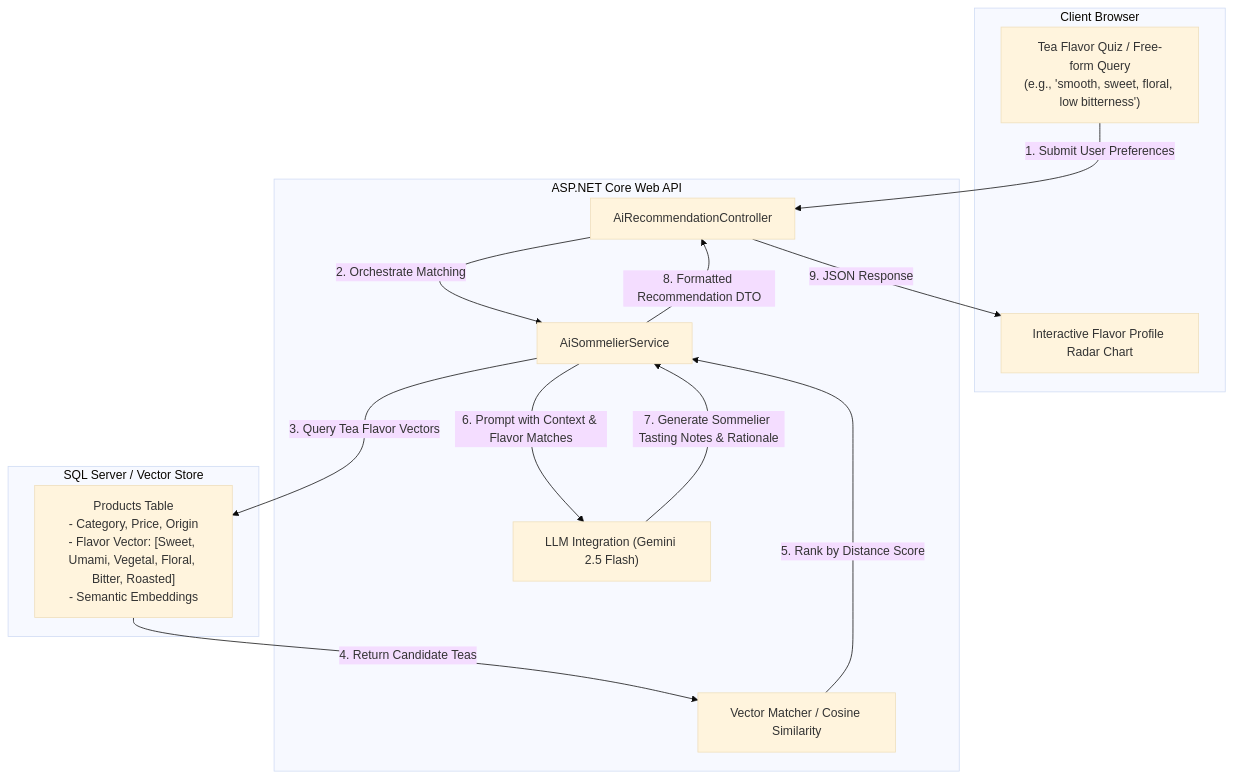
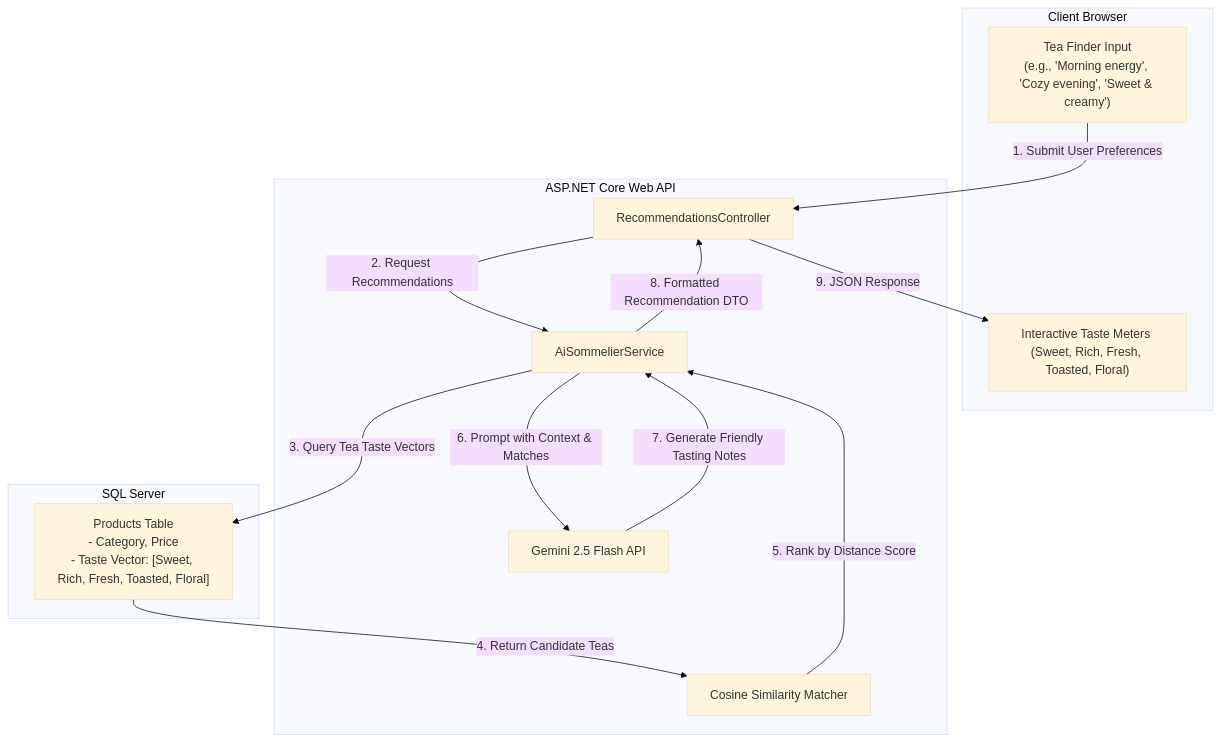
One commit to Alicia-Kate-Bactasa/Lumen changed the second of 3 diagrams in ProjectPlan.md. Above: the diagram before and after it, drawn with Mermaid (base theme). The commit also changed other lines of this file, not shown here.

````diff
--- a/ProjectPlan.md
+++ b/ProjectPlan.md
@@ -206,28 +199,28 @@
 ```mermaid
 flowchart TD
     subgraph Client ["Client Browser"]
-        Quiz["Tea Flavor Quiz / Free-form Query\n(e.g., 'smooth, sweet, floral, low bitterness')"]
-        RadarUI["Interactive Flavor Profile Radar Chart"]
+        Quiz["Tea Finder Input\n(e.g., 'Morning energy', 'Cozy evening', 'Sweet & creamy')"]
+        TasteMeters["Interactive Taste Meters (Sweet, Rich, Fresh, Toasted, Floral)"]
     end
 
     subgraph Backend ["ASP.NET Core Web API"]
-        Controller["AiRecommendationController"]
+        Controller["RecommendationsController"]
         AIService["AiSommelierService"]
-        VectorEngine["Vector Matcher / Cosine Similarity"]
-        LLM["LLM Integration (Gemini 2.5 Flash)"]
+        VectorEngine["Cosine Similarity Matcher"]
+        LLM["Gemini 2.5 Flash API"]
     end
 
-    subgraph Database ["SQL Server / Vector Store"]
-        TeaTable["Products Table\n- Category, Price, Origin\n- Flavor Vector: [Sweet, Umami, Vegetal, Floral, Bitter, Roasted]\n- Semantic Embeddings"]
+    subgraph Database ["SQL Server"]
+        TeaTable["Products Table\n- Category, Price\n- Taste Vector: [Sweet, Rich, Fresh, Toasted, Floral]"]
     end
 
     Quiz -->|1. Submit User Preferences| Controller
-    Controller -->|2. Orchestrate Matching| AIService
-    AIService -->|3. Query Tea Flavor Vectors| TeaTable
+    Controller -->|2. Request Recommendations| AIService
+    AIService -->|3. Query Tea Taste Vectors| TeaTable
     TeaTable -->|4. Return Candidate Teas| VectorEngine
     VectorEngine -->|5. Rank by Distance Score| AIService
-    AIService -->|6. Prompt with Context & Flavor Matches| LLM
-    LLM -->|7. Generate Sommelier Tasting Notes & Rationale| AIService
+    AIService -->|6. Prompt with Context & Matches| LLM
+    LLM -->|7. Generate Friendly Tasting Notes| AIService
     AIService -->|8. Formatted Recommendation DTO| Controller
-    Controller -->|9. JSON Response| RadarUI
+    Controller -->|9. JSON Response| TasteMeters
 ```
````
